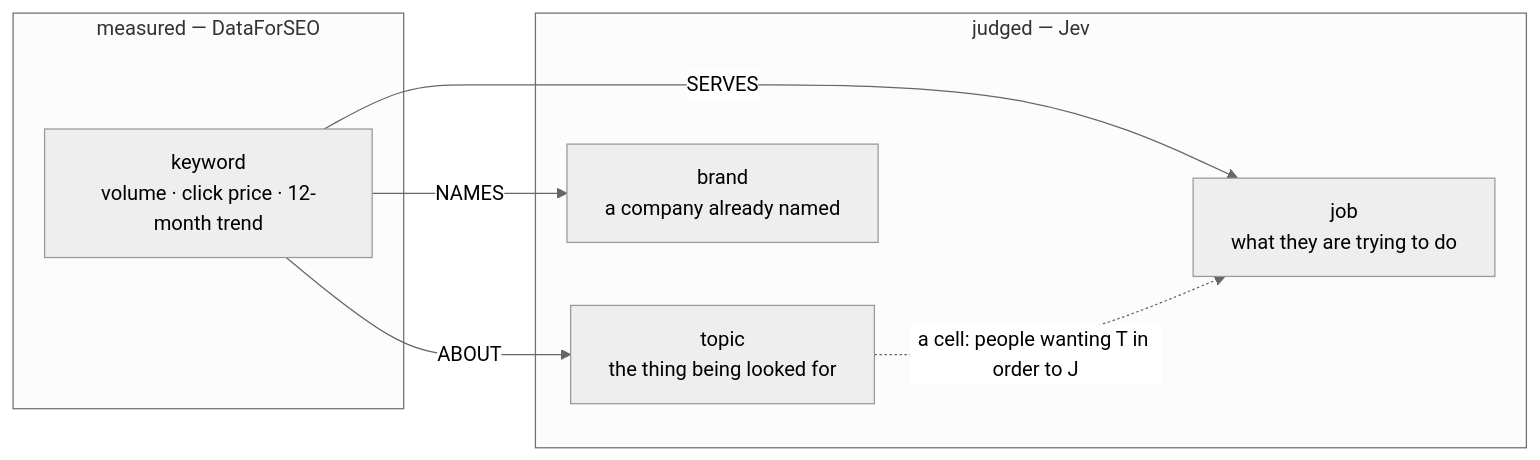
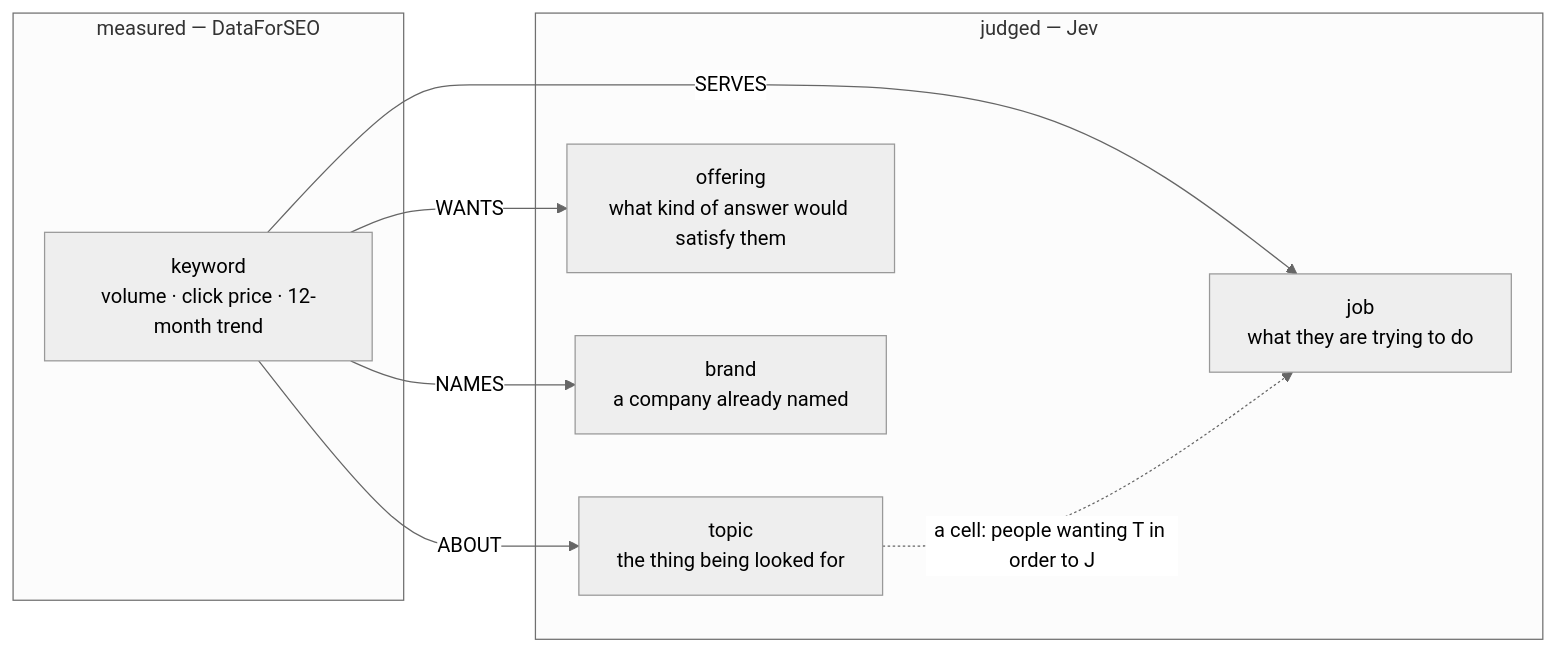
Before and after one commit to samsam32118/demandEngine2: the second of 2 diagrams in .claude/skills/keyword-insights/SKILL.md, drawn with Mermaid (neutral theme). The commit also changed other lines of this file and 14 other files, not shown here.

````diff
--- a/.claude/skills/keyword-insights/SKILL.md
+++ b/.claude/skills/keyword-insights/SKILL.md
@@ -301,15 +331,17 @@
 ```mermaid
 flowchart LR
   subgraph measured["measured — DataForSEO"]
     KW["keyword<br/>volume · click price · 12-month trend"]
   end
   subgraph judged["judged — Jev"]
     T["topic<br/>the thing being looked for"]
     J["job<br/>what they are trying to do"]
+    O["offering<br/>what kind of answer would satisfy them"]
     E["brand<br/>a company already named"]
   end
   KW -->|ABOUT| T
   KW -->|SERVES| J
+  KW -->|WANTS| O
   KW -->|NAMES| E
   T -.->|a cell: people wanting T in order to J| J
 ```
````
